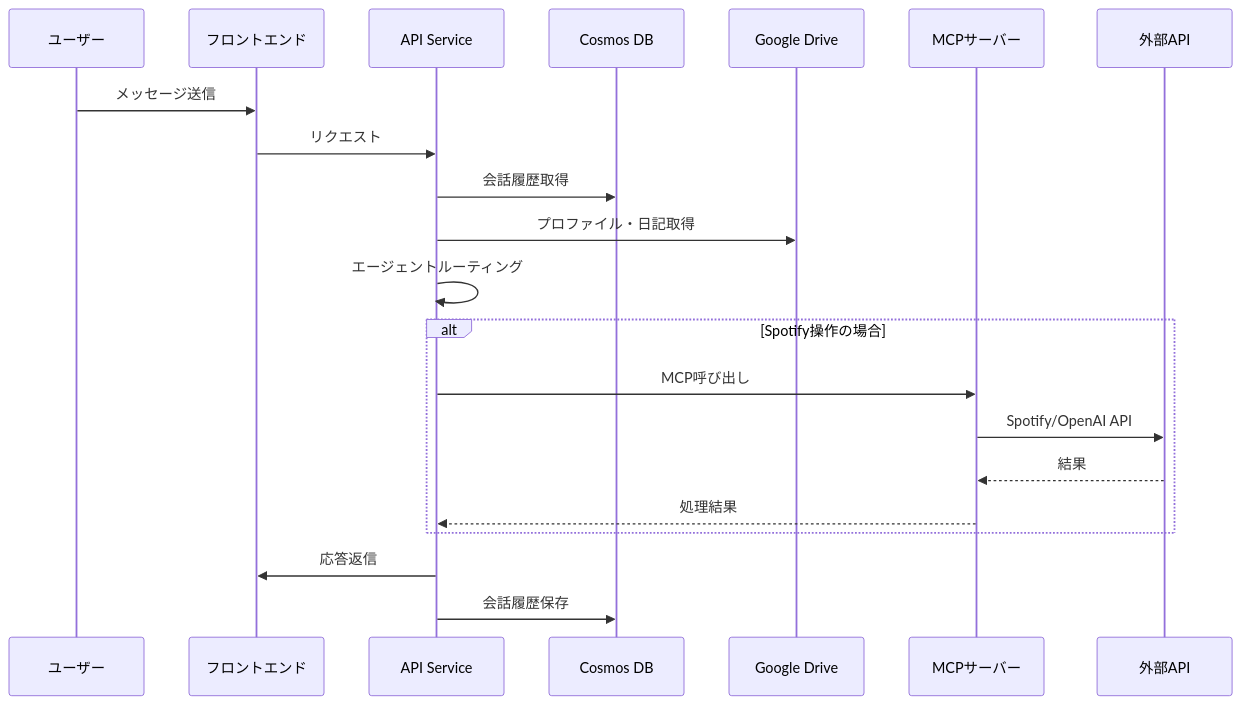
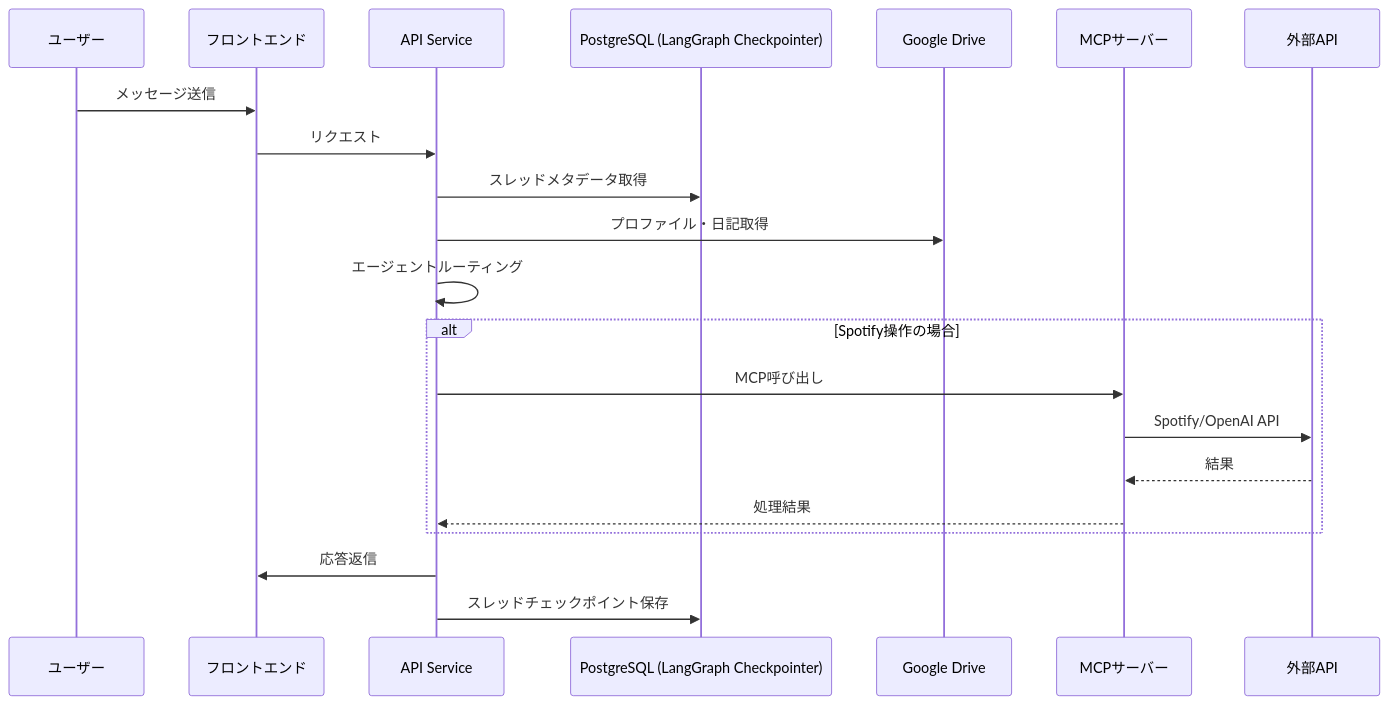
The second of 2 diagrams in README.md (Tomodo1773/line-character-agent), drawn with Mermaid before and after one commit. The commit also changed other lines of this file, not shown here.

Commit message:
docs: update conversation storage architecture

````diff
--- a/README.md
+++ b/README.md
@@ -138,26 +139,26 @@
 ```mermaid
 sequenceDiagram
     participant User as ユーザー
     participant Frontend as フロントエンド
     participant API as API Service
-    participant CosmosDB as Cosmos DB
+    participant Postgres as PostgreSQL (LangGraph Checkpointer)
     participant GoogleDrive as Google Drive
     participant MCP as MCPサーバー
     participant External as 外部API
 
     User->>Frontend: メッセージ送信
     Frontend->>API: リクエスト
-    API->>CosmosDB: 会話履歴取得
+    API->>Postgres: スレッドメタデータ取得
     API->>GoogleDrive: プロファイル・日記取得
     API->>API: エージェントルーティング
     
     alt Spotify操作の場合
         API->>MCP: MCP呼び出し
         MCP->>External: Spotify/OpenAI API
         External-->>MCP: 結果
         MCP-->>API: 処理結果
     end
     
     API->>Frontend: 応答返信
-    API->>CosmosDB: 会話履歴保存
+    API->>Postgres: スレッドチェックポイント保存
 ```
````
